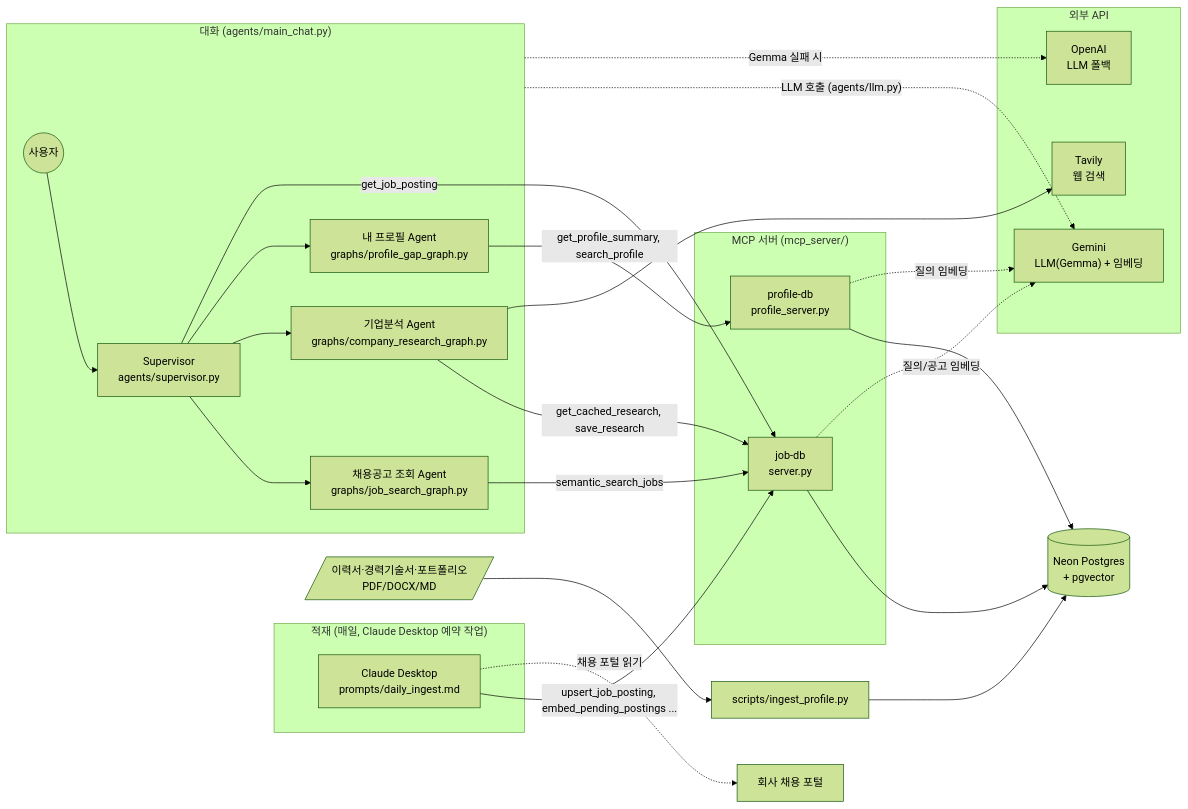
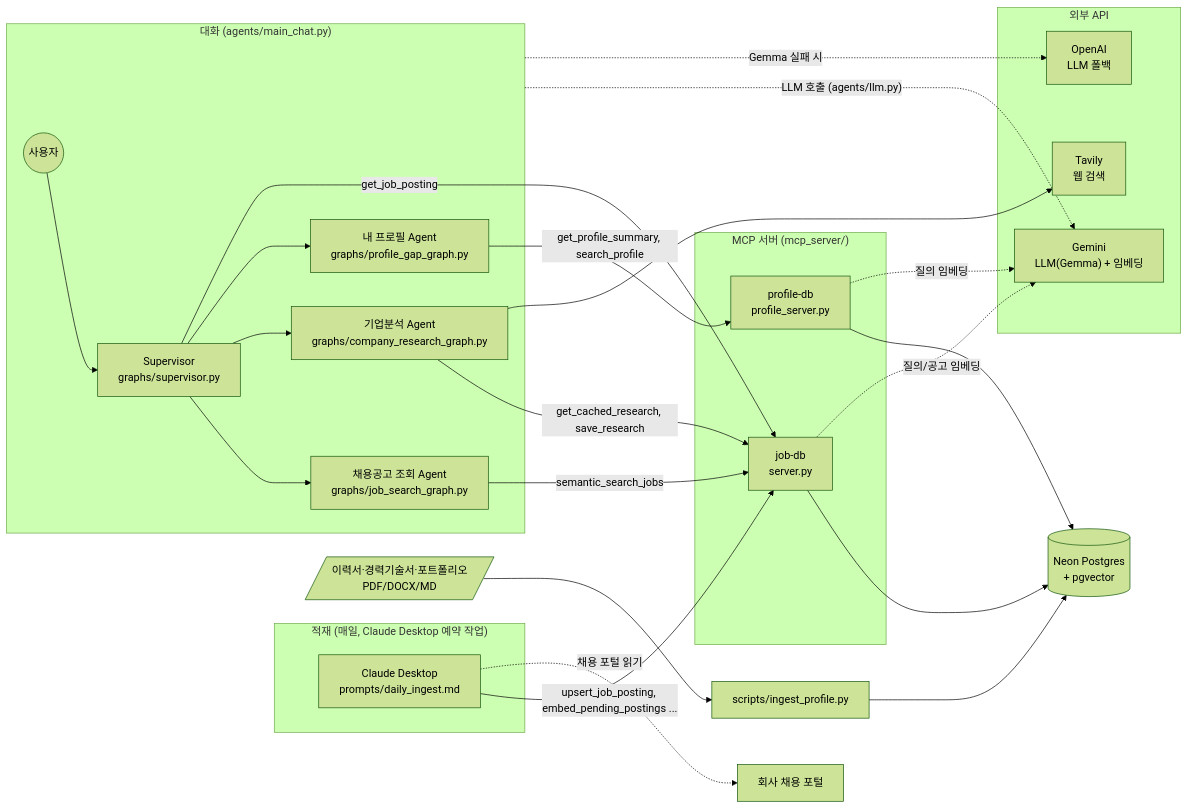
The first of 5 diagrams in README.md (hymn-fly/recruit-posting-agent), drawn with Mermaid (forest theme) before and after one commit. The commit also changed other lines of this file and 6 other files, not shown here.

First line of the commit message:
Supervisor를 agents/graphs/로 이동하고 검색 재구성 문서화

````diff
--- a/README.md
+++ b/README.md
@@ -82,43 +80,43 @@
 ```mermaid
 flowchart LR
     subgraph Ingest["적재 (매일, Claude Desktop 예약 작업)"]
         CD["Claude Desktop<br/>prompts/daily_ingest.md"]
     end
 
     subgraph Chat["대화 (agents/main_chat.py)"]
-        U(("사용자")) --> SV["Supervisor<br/>agents/supervisor.py"]
+        U(("사용자")) --> SV["Supervisor<br/>graphs/supervisor.py"]
         SV --> JS["채용공고 조회 Agent<br/>graphs/job_search_graph.py"]
         SV --> CR["기업분석 Agent<br/>graphs/company_research_graph.py"]
         SV --> PG["내 프로필 Agent<br/>graphs/profile_gap_graph.py"]
     end
 
     subgraph MCP["MCP 서버 (mcp_server/)"]
         JDB["job-db<br/>server.py"]
         PDB["profile-db<br/>profile_server.py"]
     end
 
     subgraph Ext["외부 API"]
         GEM["Gemini<br/>LLM(Gemma) + 임베딩"]
         OAI["OpenAI<br/>LLM 폴백"]
         TAV["Tavily<br/>웹 검색"]
     end
 
     DB[("Neon Postgres<br/>+ pgvector")]
     SCR["scripts/ingest_profile.py"]
     FILES[/"이력서·경력기술서·포트폴리오<br/>PDF/DOCX/MD"/]
 
     CD -- "upsert_job_posting, embed_pending_postings ..." --> JDB
     CD -. "채용 포털 읽기" .-> WEB["회사 채용 포털"]
     JS -- semantic_search_jobs --> JDB
     CR -- "get_cached_research, save_research" --> JDB
     CR --> TAV
     PG -- "get_profile_summary, search_profile" --> PDB
     SV -- "get_job_posting" --> JDB
     FILES --> SCR --> DB
     JDB --> DB
     PDB --> DB
     JDB -. "질의/공고 임베딩" .-> GEM
     PDB -. "질의 임베딩" .-> GEM
     Chat -. "LLM 호출 (agents/llm.py)" .-> GEM
     Chat -. "Gemma 실패 시" .-> OAI
 ```
````
